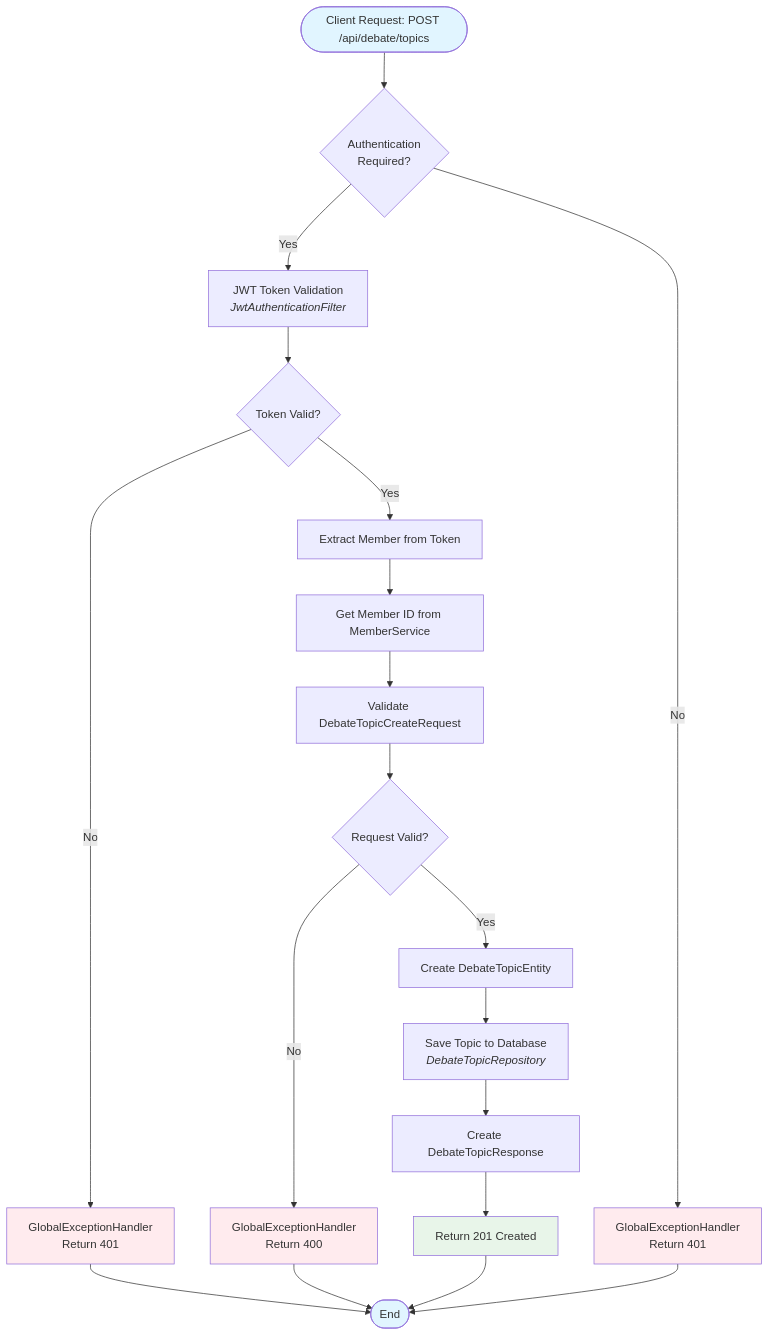
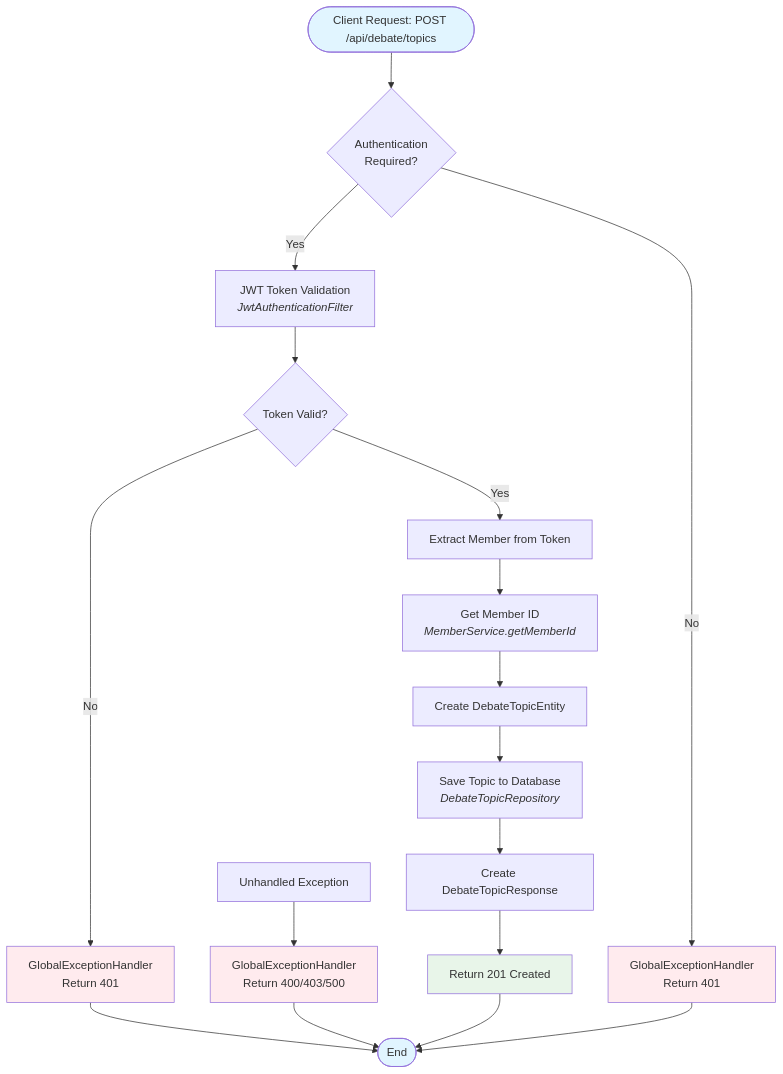
Before and after one commit to RKS-t/JungleBook: the diagram in doc/debate/DebateTopicController/createTopic-flowchart.md, drawn with Mermaid. The commit also changed 18 other files, not shown here.

First line of the commit message:
docs: update Mermaid charts for CQRS services

````diff
--- a/doc/debate/DebateTopicController/createTopic-flowchart.md
+++ b/doc/debate/DebateTopicController/createTopic-flowchart.md
@@ -3,33 +3,31 @@
 ```mermaid
 flowchart TD
     Start([Client Request: POST /api/debate/topics]) --> AuthCheck{Authentication<br/>Required?}
     AuthCheck -->|Yes| JWTValidate[JWT Token Validation<br/><i>JwtAuthenticationFilter</i>]
     AuthCheck -->|No| GlobalExceptionHandler1[GlobalExceptionHandler<br/>Return 401]
     
     JWTValidate --> TokenValid{Token Valid?}
     TokenValid -->|No| GlobalExceptionHandler2[GlobalExceptionHandler<br/>Return 401]
     TokenValid -->|Yes| ExtractMember[Extract Member from Token]
     
-    ExtractMember --> GetMemberId[Get Member ID from MemberService]
-    GetMemberId --> ValidateRequest[Validate DebateTopicCreateRequest]
-    
-    ValidateRequest --> RequestValid{Request Valid?}
-    RequestValid -->|No| GlobalExceptionHandler3[GlobalExceptionHandler<br/>Return 400]
-    RequestValid -->|Yes| CreateTopicEntity[Create DebateTopicEntity]
+    ExtractMember --> GetMemberId[Get Member ID<br/><i>MemberService.getMemberId</i>]
+    GetMemberId --> CreateTopicEntity[Create DebateTopicEntity]
     
     CreateTopicEntity --> SaveTopic[Save Topic to Database<br/><i>DebateTopicRepository</i>]
     SaveTopic --> CreateResponse[Create DebateTopicResponse]
     CreateResponse --> Return201[Return 201 Created]
     
     Return201 --> End([End])
     GlobalExceptionHandler1 --> End
     GlobalExceptionHandler2 --> End
+    
+    ErrorPath[Unhandled Exception] --> GlobalExceptionHandler3[GlobalExceptionHandler<br/>Return 400/403/500]
     GlobalExceptionHandler3 --> End
     
     style Start fill:#e1f5ff
     style End fill:#e1f5ff
     style GlobalExceptionHandler1 fill:#ffebee
     style GlobalExceptionHandler2 fill:#ffebee
     style GlobalExceptionHandler3 fill:#ffebee
     style Return201 fill:#e8f5e9
 ```
````
